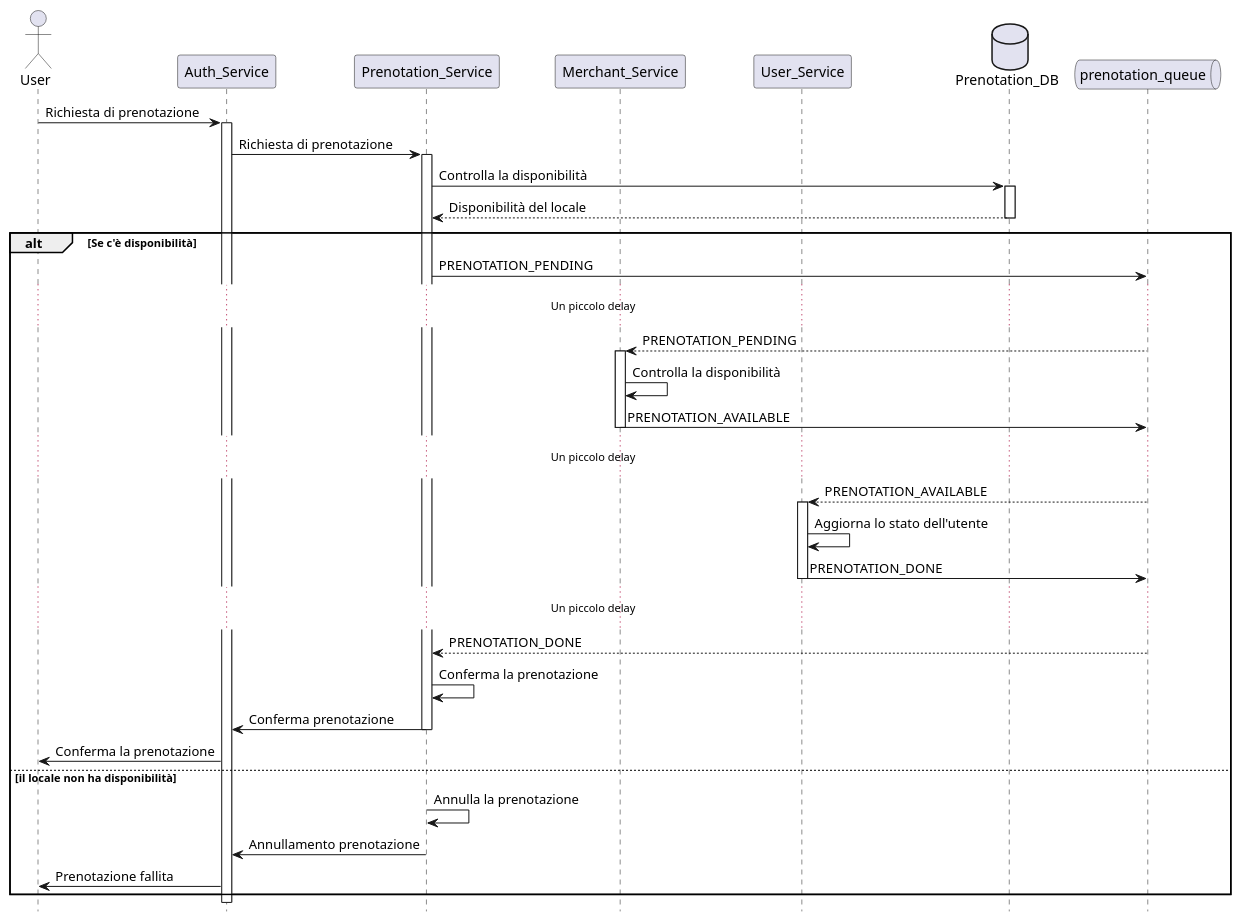
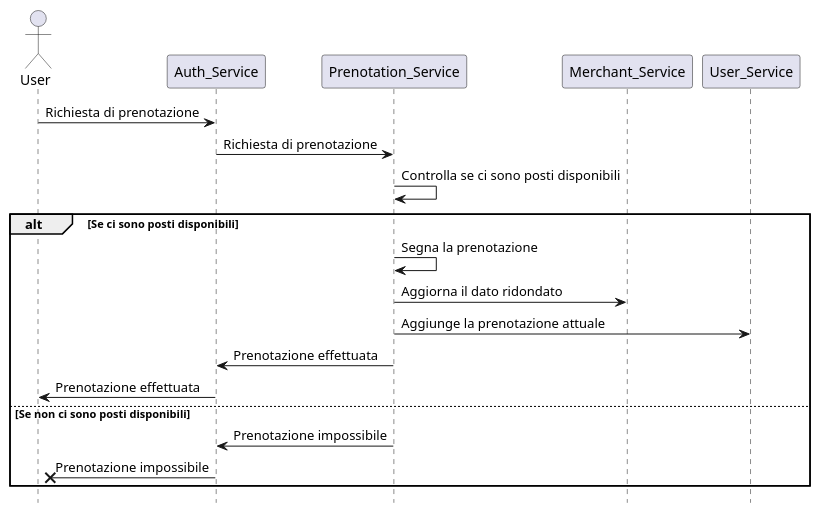
Before and after one commit to decimo-digital/ceposto-docs: the diagram in diagrammi uml/prenotazione.plantuml, drawn with PlantUML.

Commit message:
modificato diagramma flusso di prenotazione

```diff
--- a/diagrammi uml/prenotazione.plantuml
+++ b/diagrammi uml/prenotazione.plantuml
@@ -1,46 +1,25 @@
 @startuml Prenotazione
 
 hide footbox
 
 actor User as user
 participant Auth_Service as authservice
 participant Prenotation_Service as prenotationservice
 participant Merchant_Service as merchantservice
 participant User_Service as userservice
-database Prenotation_DB as prenotationdb
-queue prenotation_queue as prenotationqueue
 
 user -> authservice: Richiesta di prenotazione
-activate authservice
 authservice -> prenotationservice: Richiesta di prenotazione
-activate prenotationservice
-prenotationservice -> prenotationdb: Controlla la disponibilità
-activate prenotationdb
-prenotationdb --> prenotationservice: Disponibilità del locale
-deactivate prenotationdb
-alt Se c'è disponibilità
-    prenotationservice -> prenotationqueue: PRENOTATION_PENDING
-    ... Un piccolo delay ...
-    prenotationqueue --> merchantservice: PRENOTATION_PENDING
-    activate merchantservice
-    merchantservice -> merchantservice: Controlla la disponibilità
-    merchantservice -> prenotationqueue: PRENOTATION_AVAILABLE
-    deactivate merchantservice
-    ... Un piccolo delay ...
-    prenotationqueue --> userservice: PRENOTATION_AVAILABLE
-    activate userservice
-    userservice -> userservice: Aggiorna lo stato dell'utente
-    userservice -> prenotationqueue: PRENOTATION_DONE
-    deactivate userservice
-    ... Un piccolo delay ...
-    prenotationqueue --> prenotationservice: PRENOTATION_DONE
-    prenotationservice -> prenotationservice: Conferma la prenotazione
-    prenotationservice -> authservice: Conferma prenotazione
-    deactivate prenotationservice
-    authservice -> user: Conferma la prenotazione
-else il locale non ha disponibilità
-    prenotationservice -> prenotationservice: Annulla la prenotazione
-    prenotationservice -> authservice: Annullamento prenotazione
-    authservice -> user: Prenotazione fallita
-end
+prenotationservice -> prenotationservice: Controlla se ci sono posti disponibili
+alt Se ci sono posti disponibili
+prenotationservice -> prenotationservice: Segna la prenotazione
+prenotationservice -> merchantservice: Aggiorna il dato ridondato
+prenotationservice -> userservice: Aggiunge la prenotazione attuale
+prenotationservice -> authservice: Prenotazione effettuata
+authservice -> user: Prenotazione effettuata
+else Se non ci sono posti disponibili
+prenotationservice -> authservice: Prenotazione impossibile
+authservice -x user: Prenotazione impossibile
+end 
+
 @enduml
```
